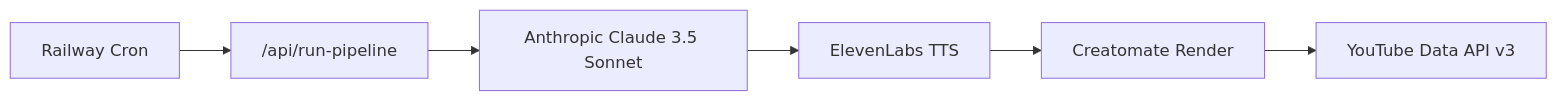
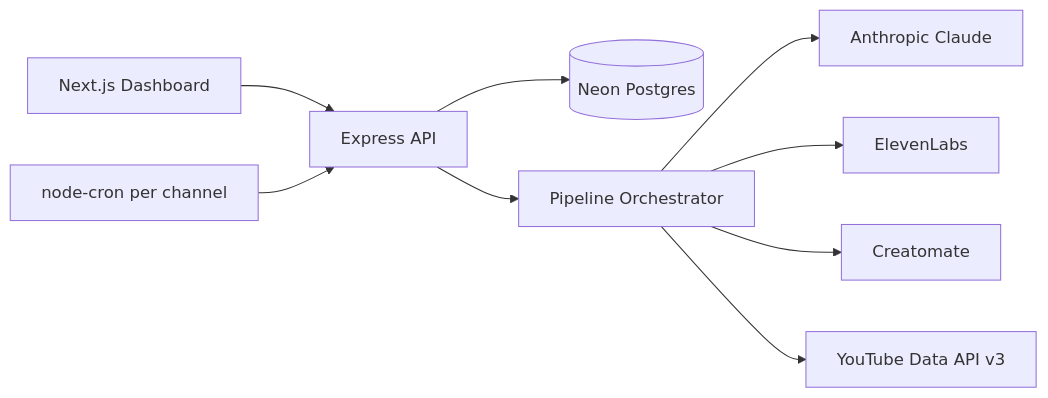
One commit to calwhel/calsbot changed the diagram in youtube-pipeline/README.md. Above: the diagram before and after it, drawn with Mermaid. The commit also changed other lines of this file and 27 other files, not shown here.

First line of the commit message:
feat(youtube-pipeline): multi-tenant channels with Postgres and cron

````diff
--- a/youtube-pipeline/README.md
+++ b/youtube-pipeline/README.md
@@ -7,8 +7,11 @@
 ```mermaid
 flowchart LR
-  Cron[Railway Cron] --> API["/api/run-pipeline"]
-  API --> LLM[Anthropic Claude 3.5 Sonnet]
-  LLM --> Voice[ElevenLabs TTS]
-  Voice --> Video[Creatomate Render]
-  Video --> YT[YouTube Data API v3]
+  Dashboard[Next.js Dashboard] --> API[Express API]
+  Cron[node-cron per channel] --> API
+  API --> DB[(Neon Postgres)]
+  API --> Pipeline[Pipeline Orchestrator]
+  Pipeline --> LLM[Anthropic Claude]
+  Pipeline --> Voice[ElevenLabs]
+  Pipeline --> Video[Creatomate]
+  Pipeline --> YT[YouTube Data API v3]
 ```
````
